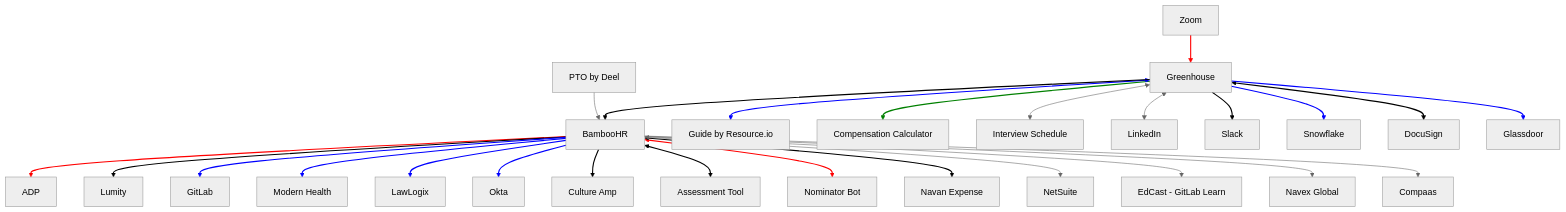
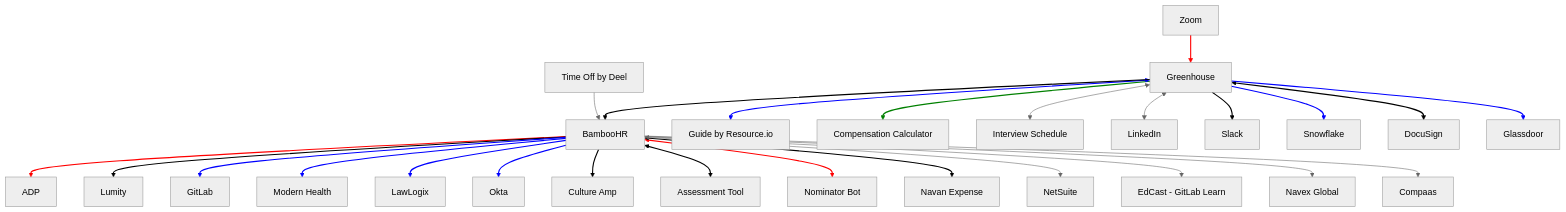
One commit to secretstartups/handbook changed the diagram in people-group/systems-architecture/index.html.md. Above: the diagram before and after it, drawn with Mermaid (neutral theme). The commit also changed 8 other files, not shown here.

Commit message:
PTO by Deel is now Time Off by Deel

```diff
--- a/people-group/systems-architecture/index.html.md
+++ b/people-group/systems-architecture/index.html.md
@@ -20,7 +20,7 @@
     B[BambooHR]
     C[GitLab]
     D[Modern Health]
-    E[PTO by Deel]
+    E[Time Off by Deel]
     F[LawLogix]
     G[Okta]
     H[Culture Amp]
```
